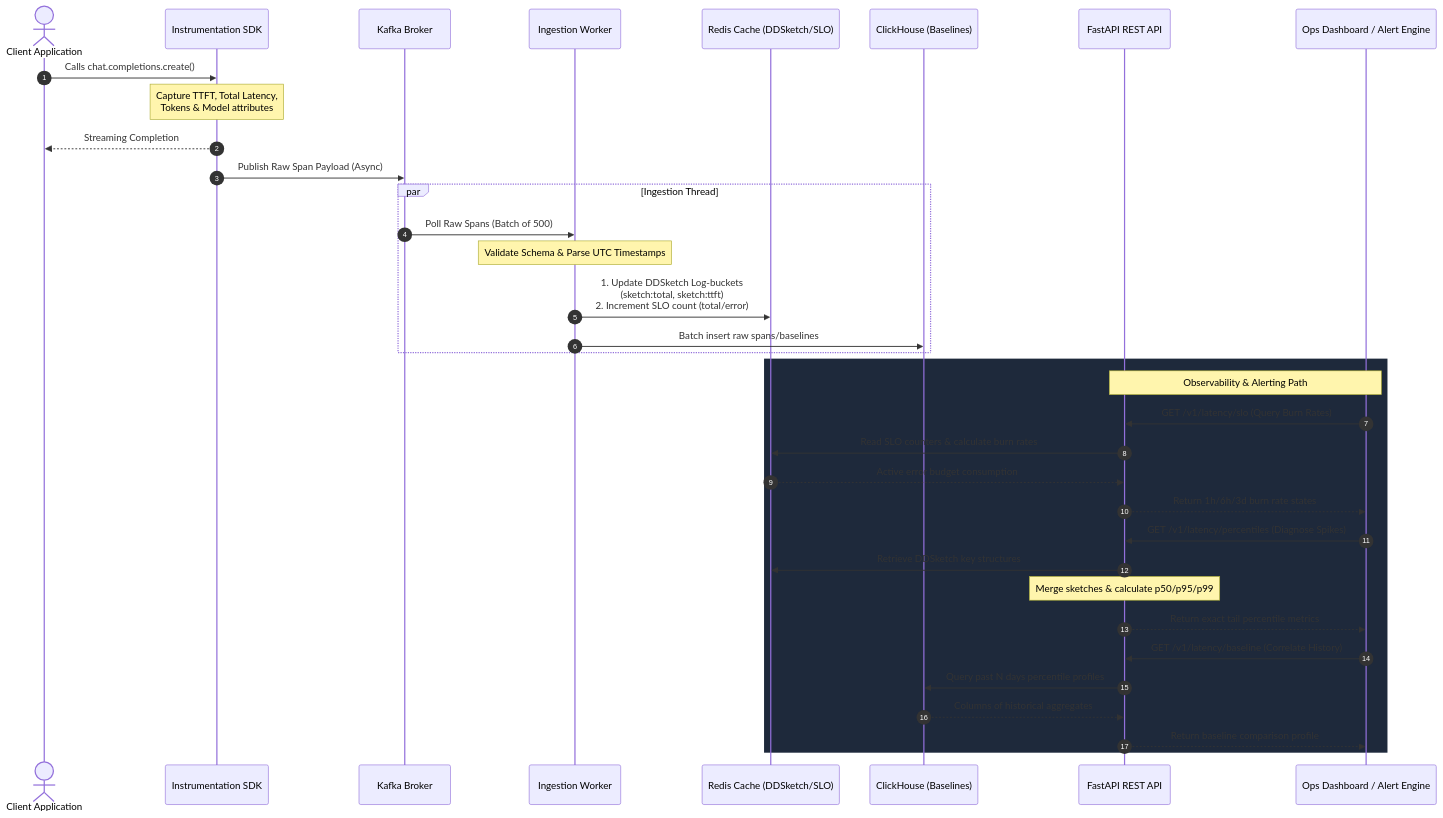
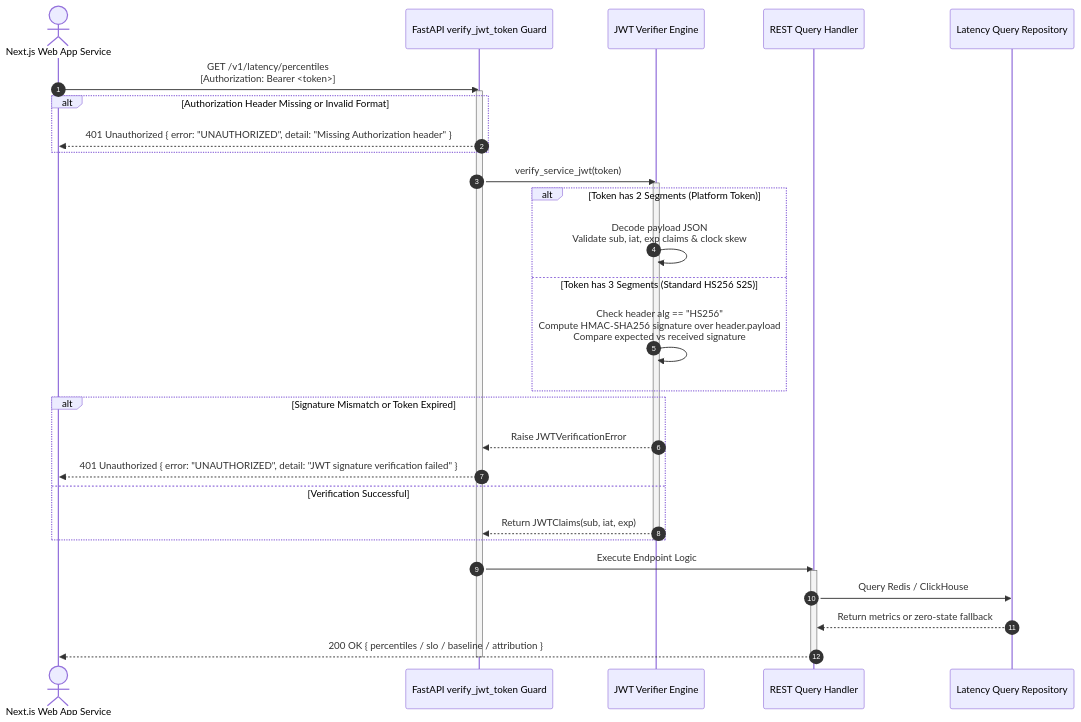
The first of 3 diagrams in notebooks/runbooks/decisions/20260626-011-implement-latency-query-api.md (Chief-Strategist-J/llm-observability-platform), drawn with Mermaid before and after one commit. The commit also changed other lines of this file and 2 other files, not shown here.

Commit message:
docs(adr): update ADR-011, ADR-0006, and ADR-013 with in-depth security architecture, HMAC-SHA256 JWT verifiers, and Mermaid diagrams

````diff
--- a/notebooks/runbooks/decisions/20260626-011-implement-latency-query-api.md
+++ b/notebooks/runbooks/decisions/20260626-011-implement-latency-query-api.md
@@ -148,49 +73,41 @@
 ```mermaid
 sequenceDiagram
     autonumber
-    actor User as Client Application
-    participant SDK as Instrumentation SDK
-    participant Kafka as Kafka Broker
-    participant Worker as Ingestion Worker
-    participant Redis as Redis Cache (DDSketch/SLO)
-    participant CH as ClickHouse (Baselines)
-    participant API as FastAPI REST API
-    participant Ops as Ops Dashboard / Alert Engine
+    actor WebApp as Next.js Web App Service
+    participant Guard as FastAPI verify_jwt_token Guard
+    participant Verifier as JWT Verifier Engine
+    participant Handler as REST Query Handler
+    participant Repo as Latency Query Repository
 
-    %% 1. Instrumentation SDK capturing details
-    User->>SDK: Calls chat.completions.create()
-    Note over SDK: Capture TTFT, Total Latency,<br/>Tokens & Model attributes
-    SDK-->>User: Streaming Completion
-    SDK->>Kafka: Publish Raw Span Payload (Async)
+    WebApp->>Guard: GET /v1/latency/percentiles<br/>[Authorization: Bearer <token>]
+    activate Guard
 
-    %% 2. Worker Ingestion Loop
-    par Ingestion Thread
-        Kafka->>Worker: Poll Raw Spans (Batch of 500)
-        Note over Worker: Validate Schema & Parse UTC Timestamps
-        
-        %% Update DDSketches & SLO in Redis
-        Worker->>Redis: 1. Update DDSketch Log-buckets<br/>(sketch:total, sketch:ttft)<br/>2. Increment SLO count (total/error)
-        
-        %% Pipeline batch write to ClickHouse (or via decoupled worker)
-        Worker->>CH: Batch insert raw spans/baselines
+    alt Authorization Header Missing or Invalid Format
+        Guard-->>WebApp: 401 Unauthorized { error: "UNAUTHORIZED", detail: "Missing Authorization header" }
     end
 
-    %% 3. REST API Query and Alert Lifecycle
-    rect rgb(30, 41, 59)
-        Note over Ops, API: Observability & Alerting Path
-        Ops->>API: GET /v1/latency/slo (Query Burn Rates)
-        API->>Redis: Read SLO counters & calculate burn rates
-        Redis-->>API: Active error budget consumption
-        API-->>Ops: Return 1h/6h/3d burn rate states
+    Guard->>Verifier: verify_service_jwt(token)
+    activate Verifier
 
-        Ops->>API: GET /v1/latency/percentiles (Diagnose Spikes)
-        API->>Redis: Retrieve DDSketch key structures
-        Note over API: Merge sketches & calculate p50/p95/p99
-        API-->>Ops: Return exact tail percentile metrics
+    alt Token has 2 Segments (Platform Token)
+        Verifier->>Verifier: Decode payload JSON<br/>Validate sub, iat, exp claims & clock skew
+    else Token has 3 Segments (Standard HS256 S2S)
+        Verifier->>Verifier: Check header alg == "HS256"<br/>Compute HMAC-SHA256 signature over header.payload<br/>Compare expected vs received signature
+    end
 
-        Ops->>API: GET /v1/latency/baseline (Correlate History)
-        API->>CH: Query past N days percentile profiles
-        CH-->>API: Columns of historical aggregates
-        API-->>Ops: Return baseline comparison profile
+    alt Signature Mismatch or Token Expired
+        Verifier-->>Guard: Raise JWTVerificationError
+        Guard-->>WebApp: 401 Unauthorized { error: "UNAUTHORIZED", detail: "JWT signature verification failed" }
+    else Verification Successful
+        Verifier-->>Guard: Return JWTClaims(sub, iat, exp)
     end
+    deactivate Verifier
+
+    Guard->>Handler: Execute Endpoint Logic
+    activate Handler
+    Handler->>Repo: Query Redis / ClickHouse
+    Repo-->>Handler: Return metrics or zero-state fallback
+    Handler-->>WebApp: 200 OK { percentiles / slo / baseline / attribution }
+    deactivate Handler
+    deactivate Guard
 ```
````
